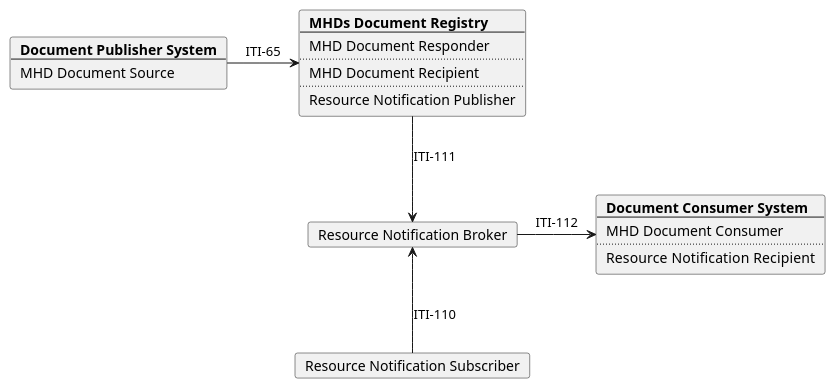
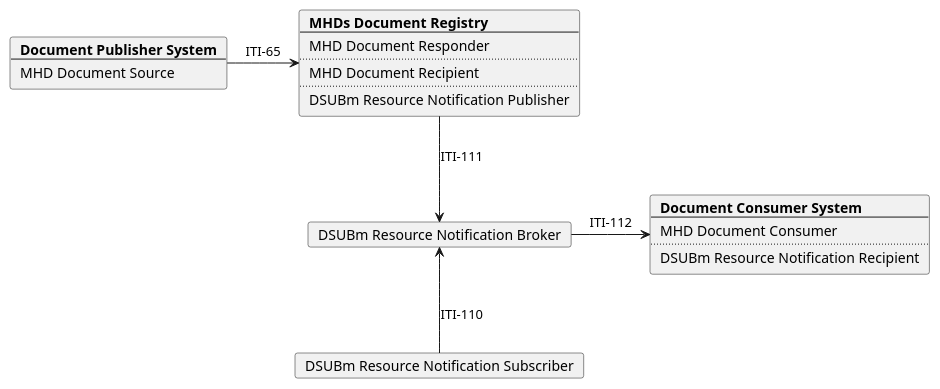
Before and after one commit to IHE/ITI.DSUBm: the diagram in input/images-source/model_MHDS.plantuml, drawn with PlantUML. The commit also changed 7 other files, not shown here.

Commit message:
update uml

```diff
--- a/input/images-source/model_MHDS.plantuml
+++ b/input/images-source/model_MHDS.plantuml
@@ -1,43 +1,43 @@
 @startuml
 skinparam svgDimensionStyle false
 skinparam componentStyle rectangle
 
 hide footbox
 /' title "DSUBm grouped with MHDS" '/
 
 
-card "Resource Notification Subscriber" as DSUBm_Subsciber 
-card "Resource Notification Broker" as DSUBm_Broker
+card "DSUBm Resource Notification Subscriber" as DSUBm_Subsciber 
+card "DSUBm Resource Notification Broker" as DSUBm_Broker
 
 card  Registry [
   <b>MHDs Document Registry
   ----
   MHD Document Responder
   ....
   MHD Document Recipient
   ....
-  Resource Notification Publisher
+  DSUBm Resource Notification Publisher
 ]
 
 card Publisher [
   <b>Document Publisher System
   ----
   MHD Document Source
 ]
 
 card  Consumer [
   <b>Document Consumer System
   ----
   MHD Document Consumer
   ....
-  Resource Notification  Recipient
+  DSUBm Resource Notification Recipient
 ]
 
 
 Publisher -r-> Registry: ITI-65
 Registry -d->DSUBm_Broker: ITI-111
 DSUBm_Subsciber -u-> DSUBm_Broker: ITI-110
 DSUBm_Broker -r-> Consumer : ITI-112
 
 
 @enduml
```
